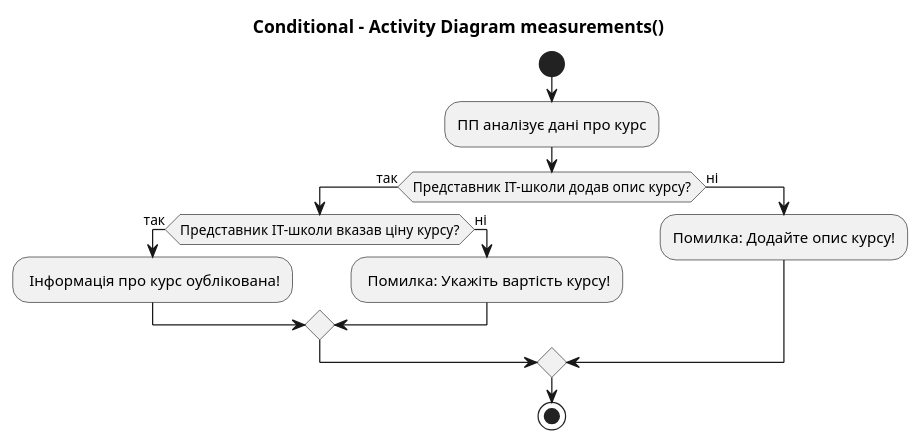
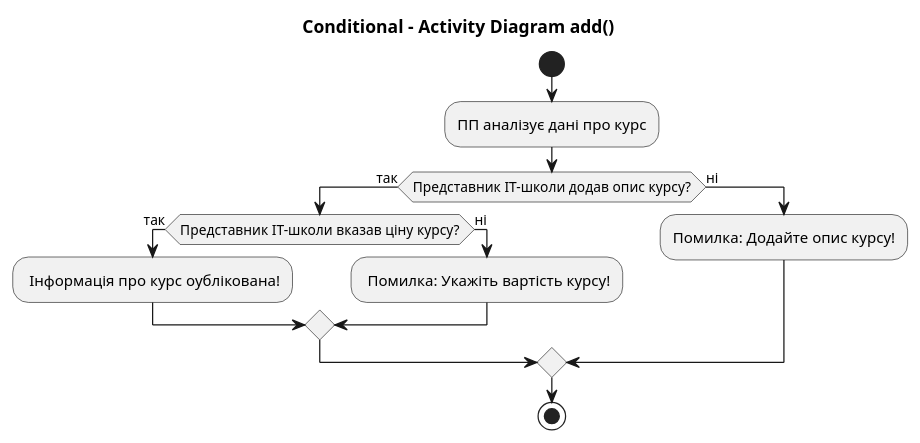
Before and after one commit to oleksandrblazhko/ai204-palona: the diagram in 2-SoftwareDesign/2.7-PlantUML/UML-Activity.puml, drawn with PlantUML.

```diff
--- a/2-SoftwareDesign/2.7-PlantUML/UML-Activity.puml
+++ b/2-SoftwareDesign/2.7-PlantUML/UML-Activity.puml
@@ -1,22 +1,22 @@
 @startuml
 
-title Conditional - Activity Diagram measurements() 
+title Conditional - Activity Diagram add() 
 
 start
 
 :ПП аналізує дані про курс;
 
 
 if (Представник ІТ-школи додав опис курсу?) then (так)
   if (Представник ІТ-школи вказав ціну курсу?) then (так)
     : Інформація про курс оублікована!;
   else (ні)
     : Помилка: Укажіть вартість курсу!;
   endif
 else (ні)
   :Помилка: Додайте опис курсу!;
 endif
 
 stop
 
 @enduml
```
